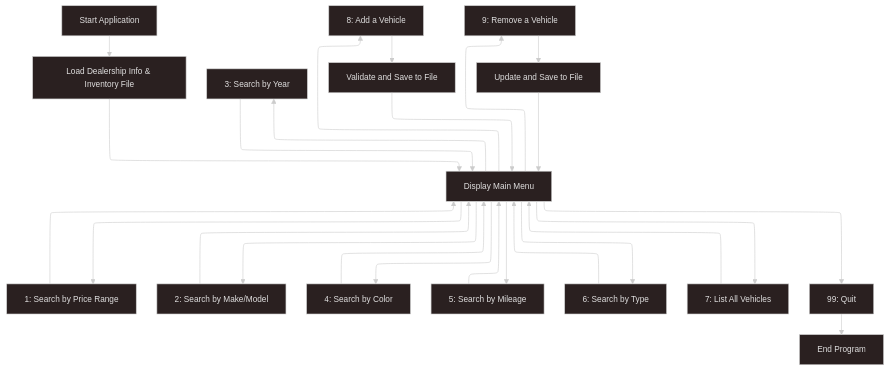
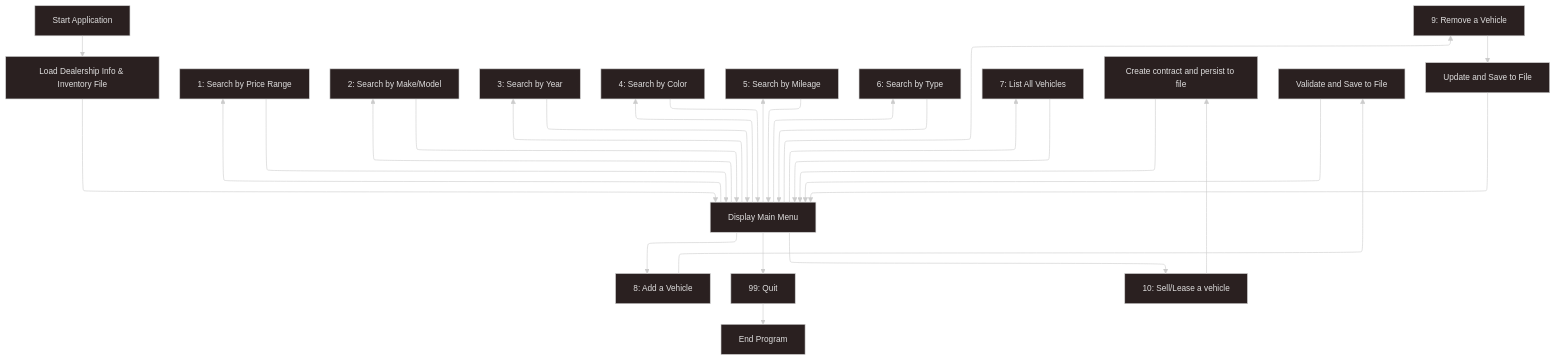
Before and after one commit to paulofranklins2/car-dealership-app: the diagram in readme.md, drawn with Mermaid. The commit also changed other lines of this file, not shown here.

First line of the commit message:
docs: update README and menu to include sell/lease vehicle option

````diff
--- a/readme.md
+++ b/readme.md
@@ -76,33 +85,36 @@
 ```mermaid
 ---
 config:
   layout: elk
   theme: neo-dark
 ---
 flowchart TD
     A[Start Application] --> B[Load Dealership Info & Inventory File]
     B --> C[Display Main Menu]
     C --> D1[1: Search by Price Range]
     C --> D2[2: Search by Make/Model]
     C --> D3[3: Search by Year]
     C --> D4[4: Search by Color]
     C --> D5[5: Search by Mileage]
     C --> D6[6: Search by Type]
     C --> D7[7: List All Vehicles]
     C --> D8[8: Add a Vehicle]
     C --> D9[9: Remove a Vehicle]
     C --> E[99: Quit]
+    C --> D10[10: Sell/Lease a vehicle]
+    D10 --> F3[Create contract and persist to file]
+    F3 --> C
 
     D8 --> F1[Validate and Save to File]
     D9 --> F2[Update and Save to File]
     F1 --> C
     F2 --> C
     D1 --> C
     D2 --> C
     D3 --> C
     D4 --> C
     D5 --> C
     D6 --> C
     D7 --> C
     E --> G[End Program]
 ```
````
